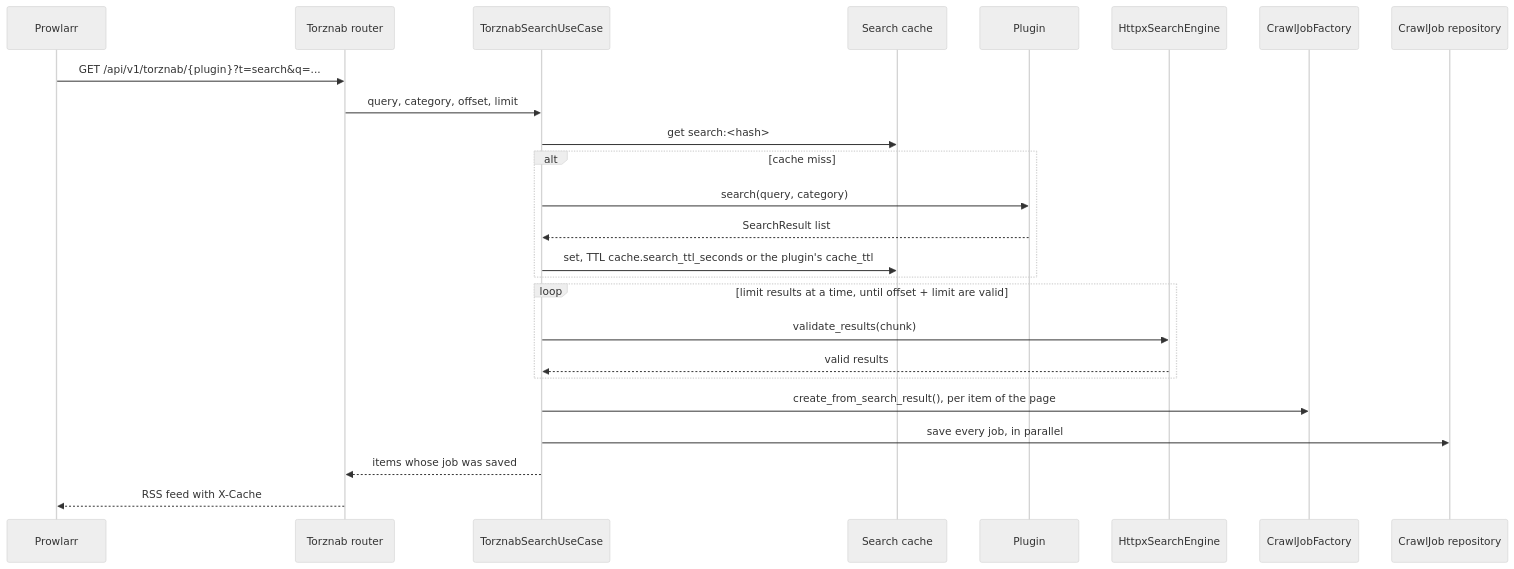
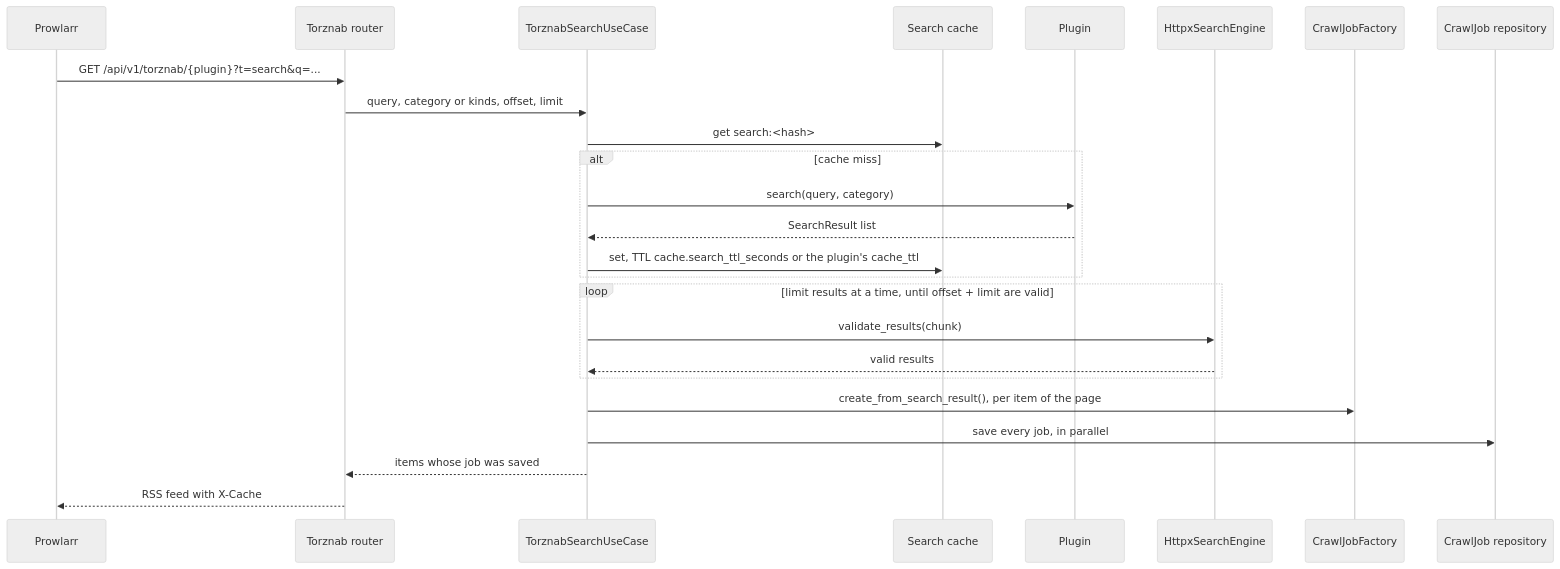
Before and after one commit to Strob0t/Scavengarr: the first of 2 diagrams in docs/current/torznab-and-crawljobs.md, drawn with Mermaid (neutral theme). The commit also changed other lines of this file and 11 other files, not shown here.

````diff
--- a/docs/current/torznab-and-crawljobs.md
+++ b/docs/current/torznab-and-crawljobs.md
@@ -16,27 +16,27 @@
 ```mermaid
 sequenceDiagram
     participant A as Prowlarr
     participant R as Torznab router
     participant U as TorznabSearchUseCase
     participant C as Search cache
     participant P as Plugin
     participant V as HttpxSearchEngine
     participant F as CrawlJobFactory
     participant J as CrawlJob repository
     A->>R: GET /api/v1/torznab/{plugin}?t=search&q=...
-    R->>U: query, category, offset, limit
+    R->>U: query, category or kinds, offset, limit
     U->>C: get search:<hash>
     alt cache miss
         U->>P: search(query, category)
         P-->>U: SearchResult list
         U->>C: set, TTL cache.search_ttl_seconds or the plugin's cache_ttl
     end
     loop limit results at a time, until offset + limit are valid
         U->>V: validate_results(chunk)
         V-->>U: valid results
     end
     U->>F: create_from_search_result(), per item of the page
     U->>J: save every job, in parallel
     U-->>R: items whose job was saved
     R-->>A: RSS feed with X-Cache
 ```
````
